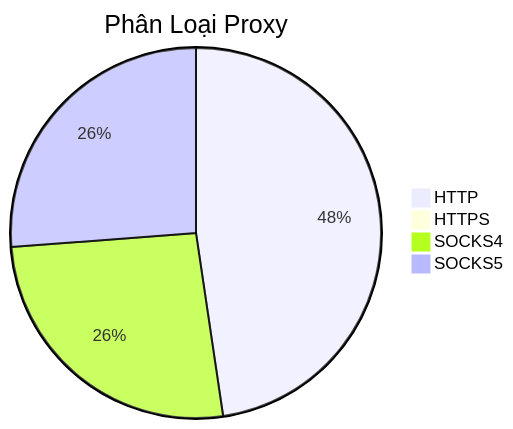
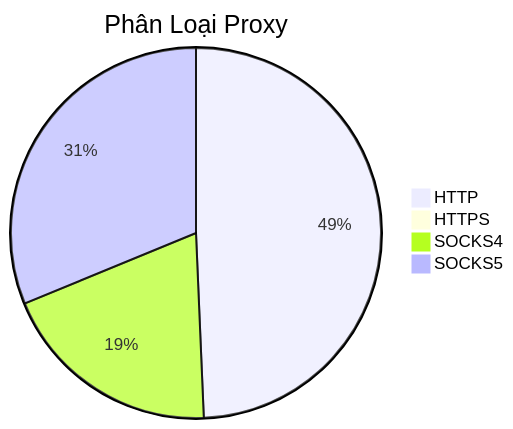
Before and after one commit to Ciara-12/PROXY-free: the diagram in README.md, drawn with Mermaid. The commit also changed other lines of this file and 4 other files, not shown here.

````diff
--- a/README.md
+++ b/README.md
@@ -26,7 +26,7 @@
 ```mermaid
 pie title Phân Loại Proxy
-    "HTTP" : 651
+    "HTTP" : 659
     "HTTPS" : 1
-    "SOCKS4" : 357
-    "SOCKS5" : 358
+    "SOCKS4" : 260
+    "SOCKS5" : 417
 ```
````
